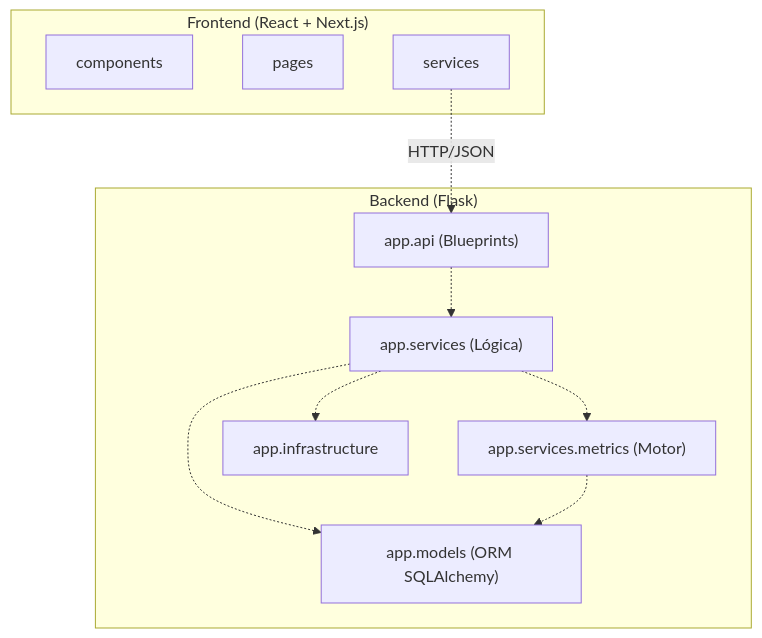
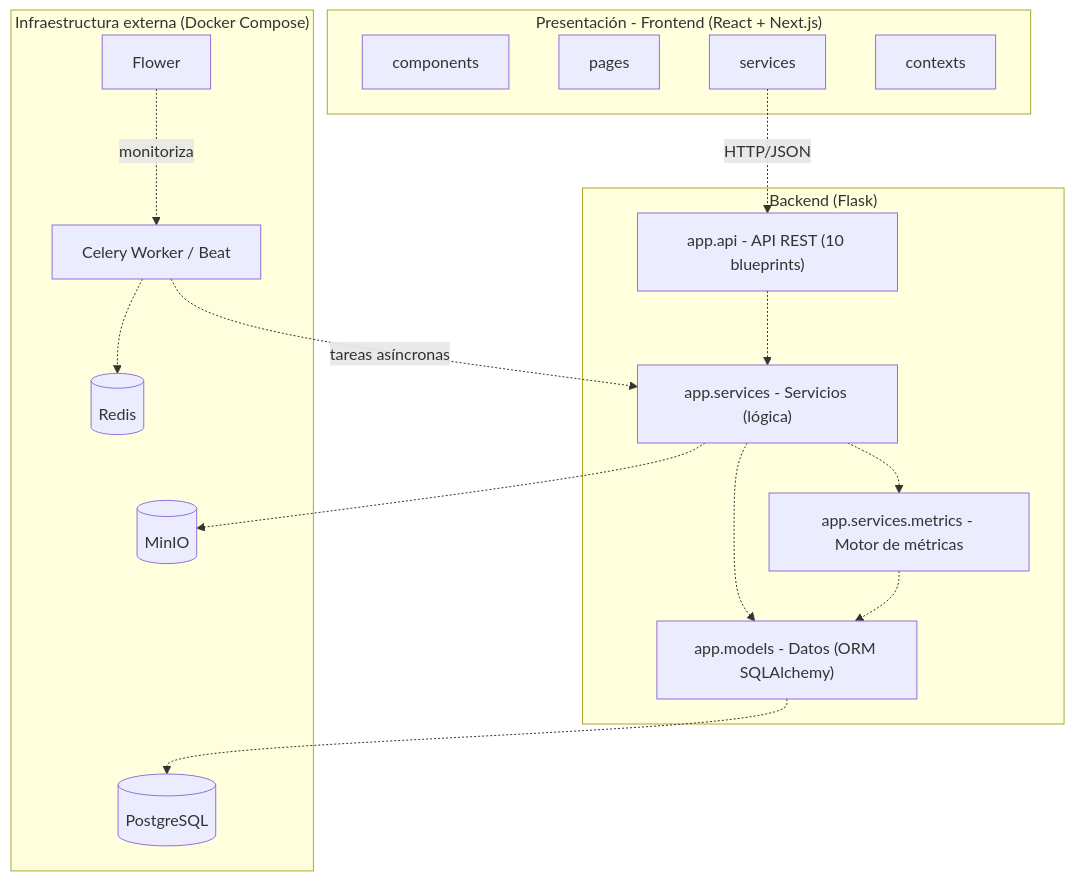
Before and after one commit to AlexSaiz222/TFG_CALIDAD_DATOS_IA: the diagram in docs/TFG/GITA_TFG/misc/diagrama_paquetes.mmd, drawn with Mermaid. The commit also changed 14 other files, not shown here.

```diff
--- a/docs/TFG/GITA_TFG/misc/diagrama_paquetes.mmd
+++ b/docs/TFG/GITA_TFG/misc/diagrama_paquetes.mmd
@@ -1,21 +1,33 @@
 graph TB
-    subgraph Frontend ["Frontend (React + Next.js)"]
+    subgraph Frontend ["Presentación - Frontend (React + Next.js)"]
         components[components]
         pages[pages]
         front_services[services]
+        contexts[contexts]
     end
 
     subgraph Backend ["Backend (Flask)"]
-        api["app.api (Blueprints)"]
-        services["app.services (Lógica)"]
-        metrics["app.services.metrics (Motor)"]
-        models["app.models (ORM SQLAlchemy)"]
-        infra["app.infrastructure"]
+        api["app.api - API REST (10 blueprints)"]
+        services["app.services - Servicios (lógica)"]
+        metrics["app.services.metrics - Motor de métricas"]
+        models["app.models - Datos (ORM SQLAlchemy)"]
+    end
+
+    subgraph Infra ["Infraestructura externa (Docker Compose)"]
+        postgres[(PostgreSQL)]
+        minio[(MinIO)]
+        redis[(Redis)]
+        celery["Celery Worker / Beat"]
+        flower["Flower"]
     end
 
     front_services -.->|HTTP/JSON| api
     api -.-> services
+    services -.-> metrics
     services -.-> models
-    services -.-> metrics
     metrics -.-> models
-    services -.-> infra
+    models -.-> postgres
+    services -.-> minio
+    celery -.->|tareas asíncronas| services
+    celery -.-> redis
+    flower -.->|monitoriza| celery
```
